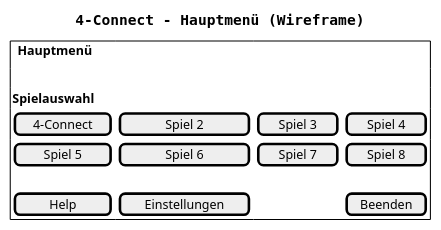
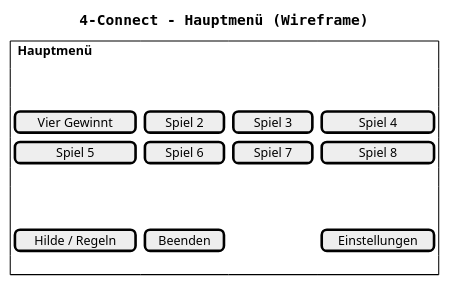
The diagram in prototyp/Wireframe-01_hauptmenue.puml (realLucas01/SEGR11), drawn with PlantUML before and after one commit. The commit also changed 7 other files, not shown here.

```diff
--- a/prototyp/Wireframe-01_hauptmenue.puml
+++ b/prototyp/Wireframe-01_hauptmenue.puml
@@ -1,18 +1,21 @@
-@startuml
+@startuml Hauptmenü
 title 4-Connect - Hauptmenü (Wireframe)
 
 skinparam defaultFontName Monospaced
 
 salt
 {
   {+
     {^ **Hauptmenü** }
-    .
-    { **Spielauswahl** }
-    {[ 4-Connect ]}{[    Spiel 2    ]}{[ Spiel 3 ]}{[ Spiel 4 ]}
-    {[  Spiel 5  ]}{[    Spiel 6    ]}{[ Spiel 7 ]}{[ Spiel 8 ]}
-    .
-    {[    Help   ]}{[ Einstellungen ]}{         }{[ Beenden ]}
+.
+.
+    {[ Vier Gewinnt ]}{[ Spiel 2 ]}{[ Spiel 3 ]}{[   Spiel 4   ]}
+    {[   Spiel 5    ]}{[ Spiel 6 ]}{[ Spiel 7 ]}{[   Spiel 8   ]}
+.
+.
+.
+    {[Hilde / Regeln]}{[ Beenden ]}{           }{[Einstellungen]}
+.
   }
 }
 @enduml
```
